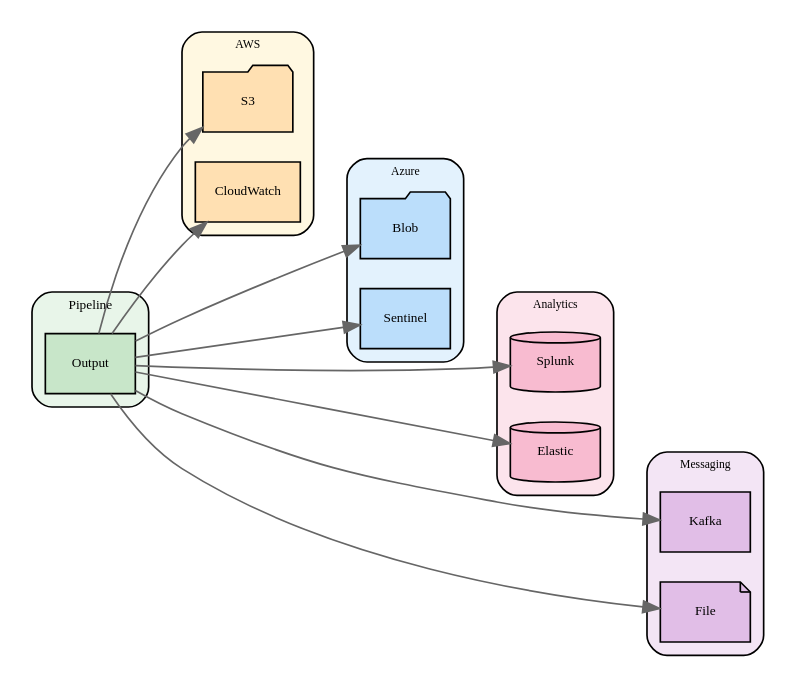
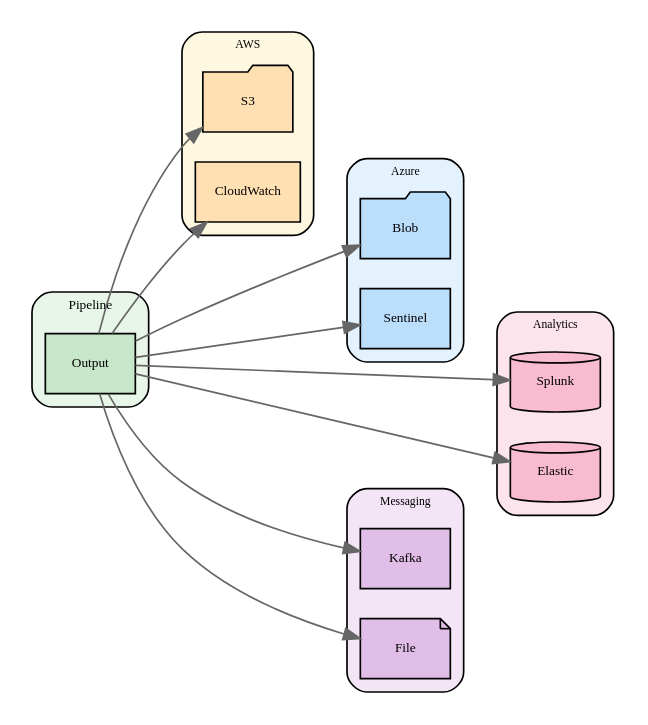
The diagram in static/img/graphics/targets-flow.dot (VirtualMetric/virtualmetric-docs), drawn with Graphviz before and after one commit. The commit also changed 9 other files, not shown here.

First line of the commit message:
Update overview graphics with fixes and new routes diagram

```diff
--- a/static/img/graphics/targets-flow.dot
+++ b/static/img/graphics/targets-flow.dot
@@ -1,69 +1,69 @@
 digraph targetsFlow {
    rankdir=LR
    node [shape=box style=filled fillcolor="#f0f0f0" fontname="Calibri" fontsize=8]
    edge [color="#666666"]
 
    // Left: Pipeline output
    subgraph cluster_pipeline {
       label="Pipeline"
       style="rounded,filled"
       fillcolor="#e8f5e9"
       fontname="Calibri"
       fontsize=8
       output [label="Output" shape=box fillcolor="#c8e6c9"]
    }
 
    // AWS - closest (0 o'clock)
    subgraph cluster_aws {
       label="AWS"
       style="rounded,filled"
       fillcolor="#fff8e1"
       fontname="Calibri"
       fontsize=7
       s3 [label="S3" shape=folder fillcolor="#ffe0b2"]
       cloudwatch [label="CloudWatch" shape=box fillcolor="#ffe0b2"]
    }
 
    // Azure - medium distance (2 o'clock)
    subgraph cluster_azure {
       label="Azure"
       style="rounded,filled"
       fillcolor="#e3f2fd"
       fontname="Calibri"
       fontsize=7
       blob [label="Blob" shape=folder fillcolor="#bbdefb"]
       sentinel [label="Sentinel" shape=box fillcolor="#bbdefb"]
    }
 
    // Analytics - further (4 o'clock)
    subgraph cluster_analytics {
       label="Analytics"
       style="rounded,filled"
       fillcolor="#fce4ec"
       fontname="Calibri"
       fontsize=7
       splunk [label="Splunk" shape=cylinder fillcolor="#f8bbd0"]
       elastic [label="Elastic" shape=cylinder fillcolor="#f8bbd0"]
    }
 
    // Messaging - furthest (6 o'clock)
    subgraph cluster_mq {
       label="Messaging"
       style="rounded,filled"
       fillcolor="#f3e5f5"
       fontname="Calibri"
       fontsize=7
       kafka [label="Kafka" shape=box fillcolor="#e1bee7"]
       file [label="File" shape=note fillcolor="#e1bee7"]
    }
 
    // Connections with varying minlen for arc effect
    output -> s3 [minlen=1]
    output -> cloudwatch [minlen=1]
    output -> blob [minlen=2]
    output -> sentinel [minlen=2]
    output -> splunk [minlen=3]
    output -> elastic [minlen=3]
-   output -> kafka [minlen=4]
-   output -> file [minlen=4]
+   output -> kafka [minlen=2]
+   output -> file [minlen=2]
 }
```
